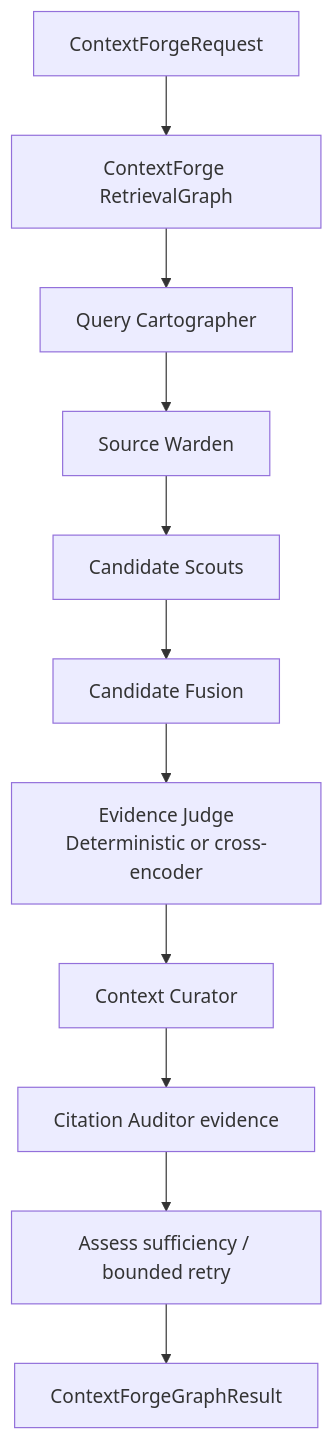
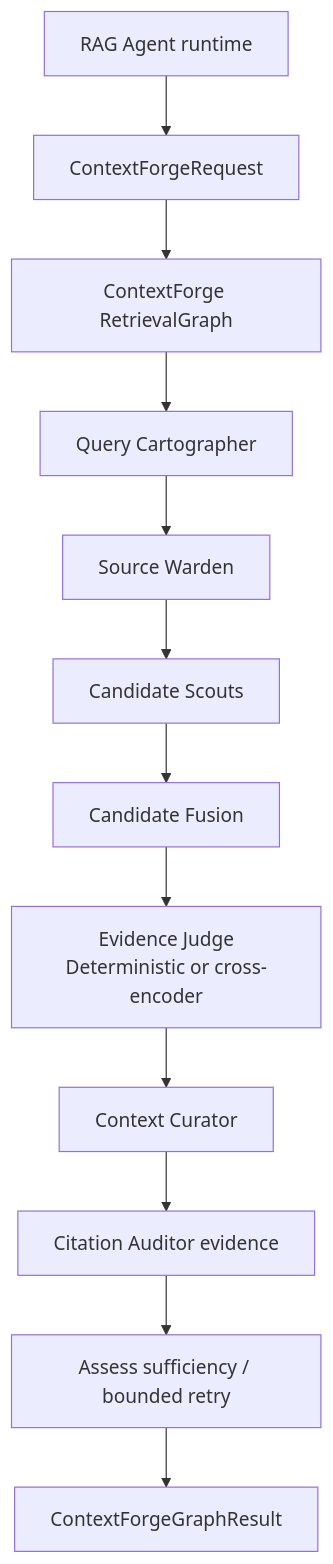
Before and after one commit to heecheon92/my-agents: the diagram in my_agents/agents/context_forge/README.en.md, drawn with Mermaid. The commit also changed other lines of this file and 45 other files, not shown here.

````diff
--- a/my_agents/agents/context_forge/README.en.md
+++ b/my_agents/agents/context_forge/README.en.md
@@ -20,13 +19,14 @@
 ```mermaid
 flowchart TD
-    Request[ContextForgeRequest] --> Graph[ContextForge RetrievalGraph]
+    RAG["RAG Agent runtime"] --> Request[ContextForgeRequest]
+    Request --> Graph["ContextForge RetrievalGraph"]
     Graph --> Planner[Query Cartographer]
     Planner --> Warden[Source Warden]
     Warden --> Scouts[Candidate Scouts]
     Scouts --> Fusion[Candidate Fusion]
     Fusion --> Judge[Evidence Judge\nDeterministic or cross-encoder]
     Judge --> Curator[Context Curator]
     Curator --> Auditor[Citation Auditor evidence]
     Auditor --> Assess[Assess sufficiency / bounded retry]
     Assess --> Result[ContextForgeGraphResult]
 ```
````
